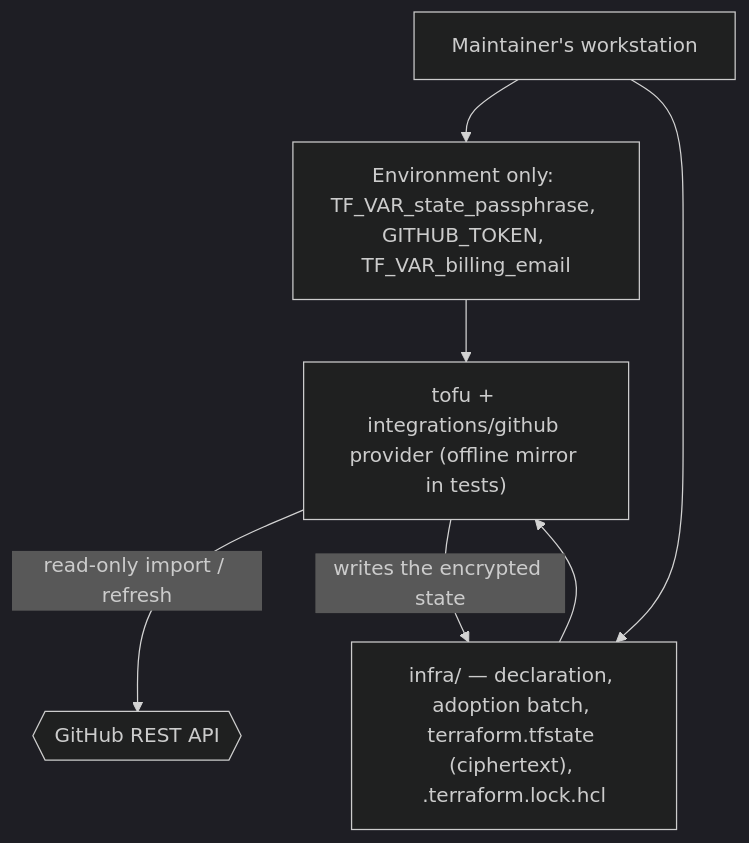
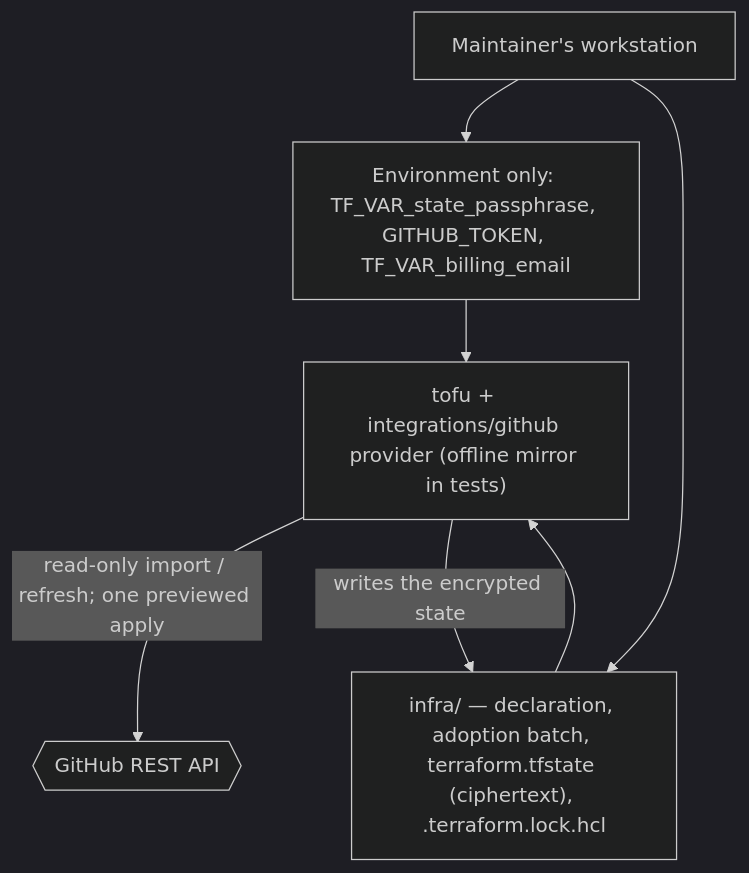
The second of 2 diagrams in docs/arc42/07-deployment-view.md (duty2cal/duty2cal), drawn with Mermaid (dark theme) before and after one commit. The commit also changed other lines of this file and 32 other files, not shown here.

````diff
--- a/docs/arc42/07-deployment-view.md
+++ b/docs/arc42/07-deployment-view.md
@@ -70,12 +70,12 @@
 ```mermaid
 flowchart TB
   ws["Maintainer's workstation"]
   decl["infra/ — declaration, adoption batch, terraform.tfstate (ciphertext), .terraform.lock.hcl"]
   env["Environment only: TF_VAR_state_passphrase, GITHUB_TOKEN, TF_VAR_billing_email"]
   tool["tofu + integrations/github provider (offline mirror in tests)"]
   gh{{"GitHub REST API"}}
   ws --> env --> tool
   ws --> decl --> tool
-  tool -->|"read-only import / refresh"| gh
+  tool -->|"read-only import / refresh; one previewed apply"| gh
   tool -->|"writes the encrypted state"| decl
 ```
````
